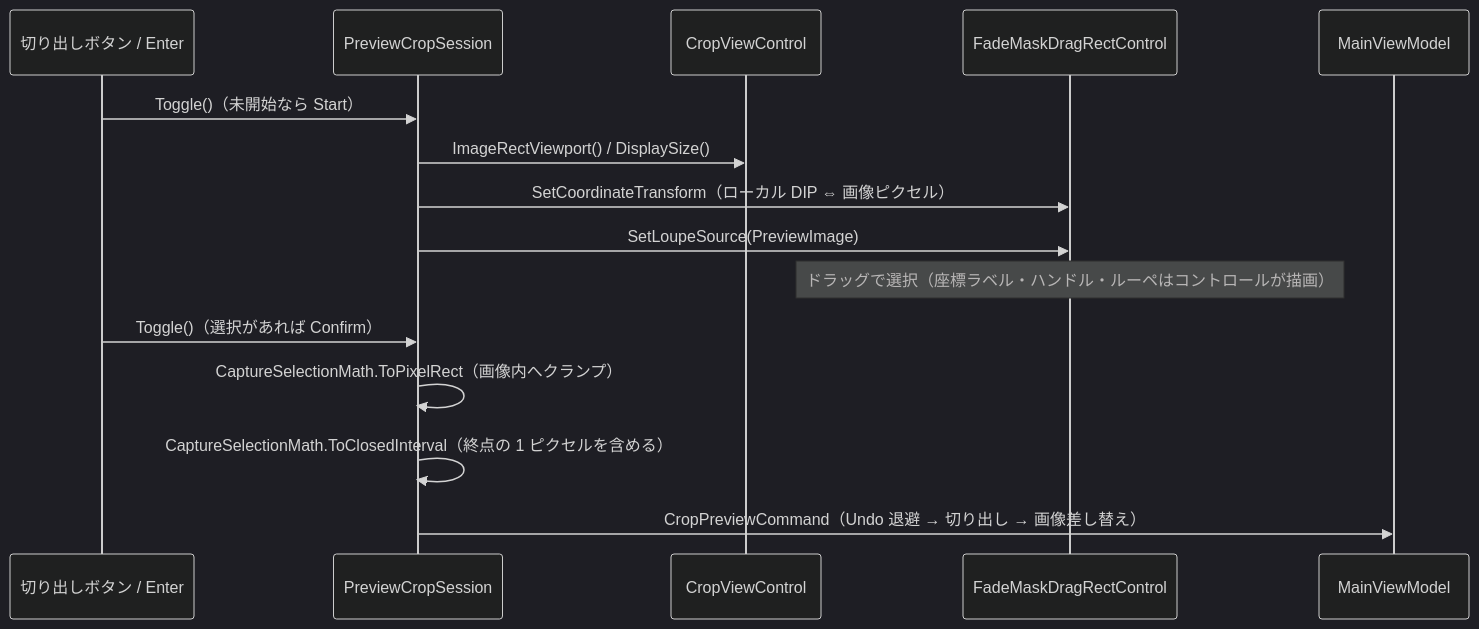
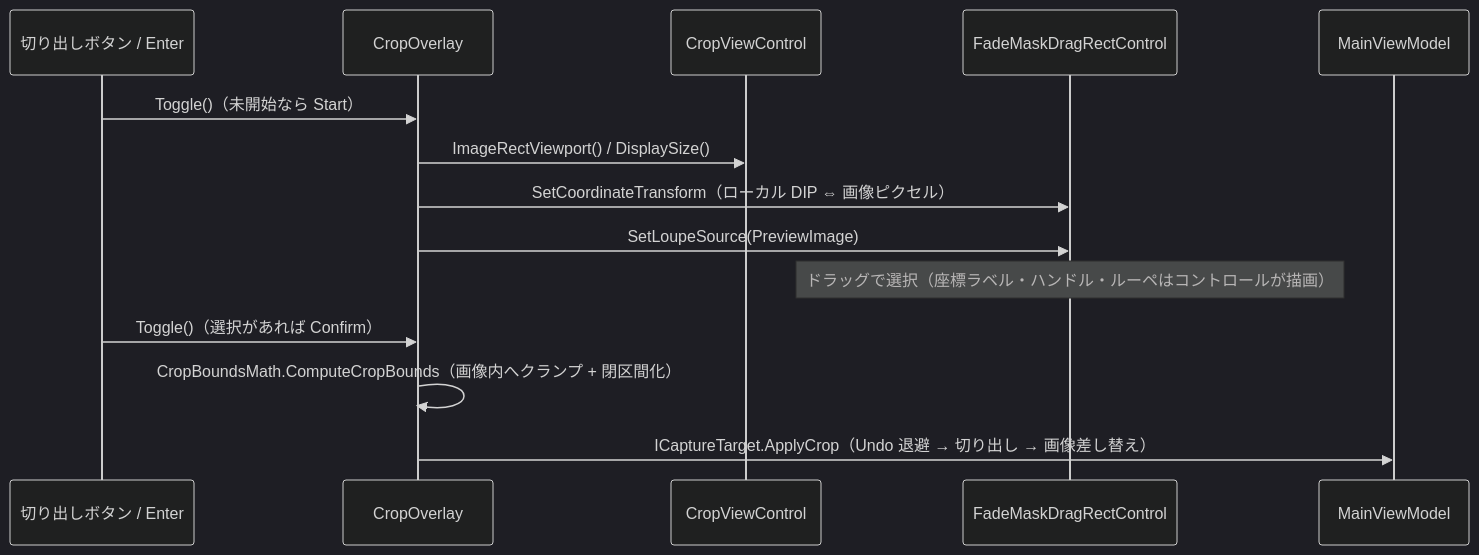
The fourth of 12 diagrams in src/app.MewUI/SPEC_System.md (tomokuni/SaveEvidence), drawn with Mermaid (dark theme) before and after one commit. The commit also changed other lines of this file and 213 other files, not shown here.

````diff
--- a/src/app.MewUI/SPEC_System.md
+++ b/src/app.MewUI/SPEC_System.md
@@ -390,18 +383,17 @@
 ```mermaid
 sequenceDiagram
     participant BTN as 切り出しボタン / Enter
-    participant PS as PreviewCropSession
+    participant PS as CropOverlay
     participant CV as CropViewControl
     participant FM as FadeMaskDragRectControl
     participant VM as MainViewModel
 
     BTN->>PS: Toggle()（未開始なら Start）
     PS->>CV: ImageRectViewport() / DisplaySize()
     PS->>FM: SetCoordinateTransform（ローカル DIP ⇔ 画像ピクセル）
     PS->>FM: SetLoupeSource(PreviewImage)
     Note over FM: ドラッグで選択（座標ラベル・ハンドル・ルーペはコントロールが描画）
     BTN->>PS: Toggle()（選択があれば Confirm）
-    PS->>PS: CaptureSelectionMath.ToPixelRect（画像内へクランプ）
-    PS->>PS: CaptureSelectionMath.ToClosedInterval（終点の 1 ピクセルを含める）
-    PS->>VM: CropPreviewCommand（Undo 退避 → 切り出し → 画像差し替え）
+    PS->>PS: CropBoundsMath.ComputeCropBounds（画像内へクランプ + 閉区間化）
+    PS->>VM: ICaptureTarget.ApplyCrop（Undo 退避 → 切り出し → 画像差し替え）
 ```
````
